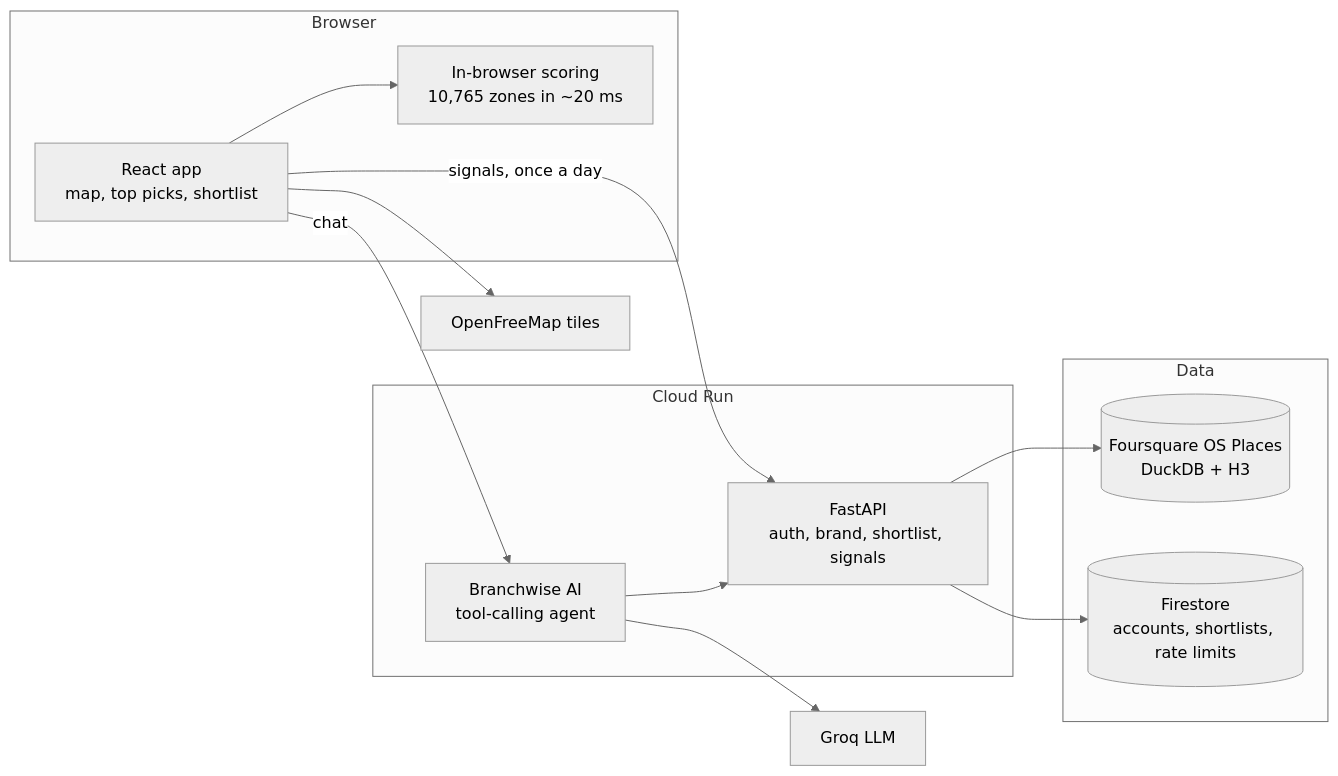
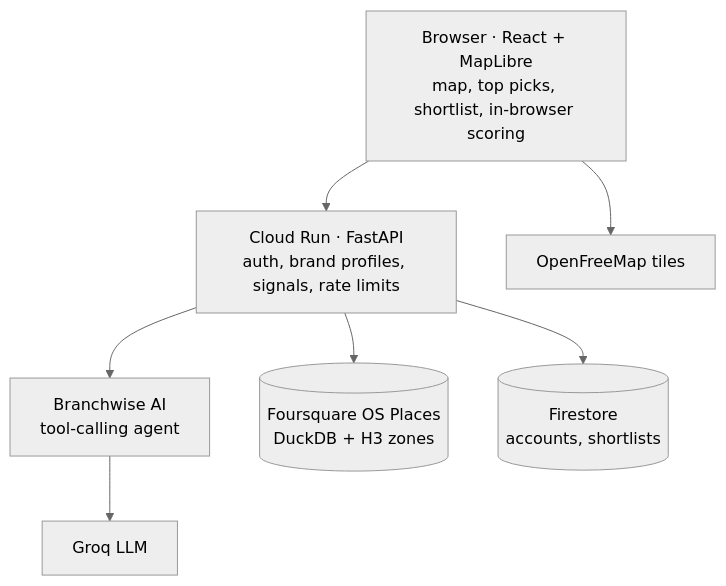
One commit to pranavanand2026-design/Branchwise changed the diagram in README.md. Above: the diagram before and after it, drawn with Mermaid (neutral theme).

Commit message:
README: stack the architecture diagram top to bottom so it reads at page width

````diff
--- a/README.md
+++ b/README.md
@@ -9,29 +9,17 @@
 ```mermaid
-flowchart LR
-    subgraph web["Browser"]
-        UI["React app<br/>map, top picks, shortlist"]
-        Score["In-browser scoring<br/>10,765 zones in ~20 ms"]
-    end
-
-    subgraph run["Cloud Run"]
-        API["FastAPI<br/>auth, brand, shortlist, signals"]
-        AI["Branchwise AI<br/>tool-calling agent"]
-    end
-
-    subgraph data["Data"]
-        POI[("Foursquare OS Places<br/>DuckDB + H3")]
-        FS[("Firestore<br/>accounts, shortlists, rate limits")]
-    end
-
+flowchart TB
+    UI["Browser · React + MapLibre<br/>map, top picks, shortlist, in-browser scoring"]
+    API["Cloud Run · FastAPI<br/>auth, brand profiles, signals, rate limits"]
+    AI["Branchwise AI<br/>tool-calling agent"]
+    POI[("Foursquare OS Places<br/>DuckDB + H3 zones")]
+    FS[("Firestore<br/>accounts, shortlists")]
     Groq["Groq LLM"]
     Tiles["OpenFreeMap tiles"]
 
-    UI --> Score
-    UI -- "signals, once a day" --> API
-    UI -- chat --> AI
+    UI --> API
     UI --> Tiles
+    API --> AI
+    AI --> Groq
     API --> POI
     API --> FS
-    AI --> API
-    AI --> Groq
 ```
````
